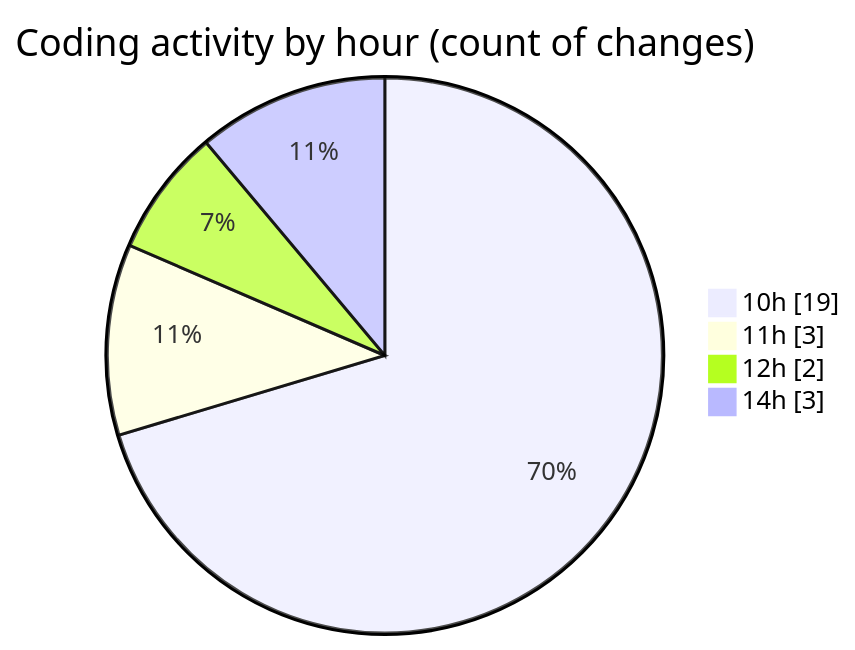
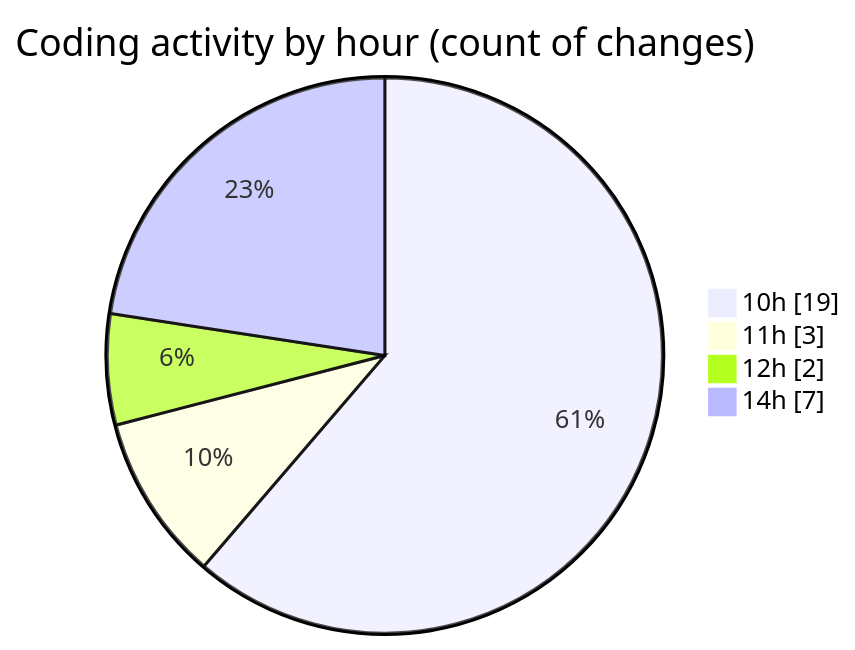
The second of 2 diagrams in 2025-10-01/cda/README.md (momahboobian/code-tracking), drawn with Mermaid before and after one commit. The commit also changed other lines of this file and 1 other file, not shown here.

````diff
--- a/2025-10-01/cda/README.md
+++ b/2025-10-01/cda/README.md
@@ -32,8 +32,8 @@
 ```mermaid
 pie showData
 title Coding activity by hour (count of changes)
 "10h" : 19
 "11h" : 3
 "12h" : 2
-"14h" : 3
+"14h" : 7
 ```
````
